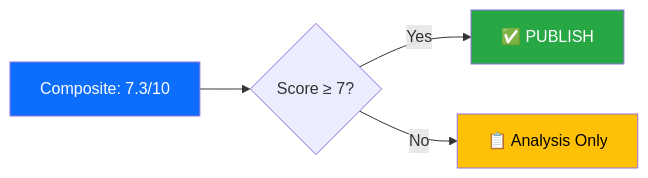
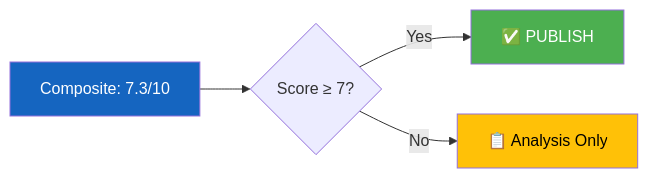
The diagram in analysis/daily/2026-04-03/evening-analysis/significance-scoring.md (Hack23/riksdagsmonitor), drawn with Mermaid before and after one commit. The commit also changed 785 other files, not shown here.

First line of the commit message:
Normalize mermaid colors across 786 analysis artifacts to ISMS Style Guide palette

````diff
--- a/analysis/daily/2026-04-03/evening-analysis/significance-scoring.md
+++ b/analysis/daily/2026-04-03/evening-analysis/significance-scoring.md
@@ -21,9 +21,9 @@
 ```mermaid
 graph LR
     A[Composite: 7.3/10] --> B{Score ≥ 7?}
     B -->|Yes| C[✅ PUBLISH]
     B -->|No| D[📋 Analysis Only]
-    style A fill:#0d6efd,color:#fff
-    style C fill:#28a745,color:#fff
-    style D fill:#ffc107,color:#000
+    style A fill:#1565C0,color:#FFFFFF
+    style C fill:#4CAF50,color:#FFFFFF
+    style D fill:#FFC107,color:#000000
 ```
````
